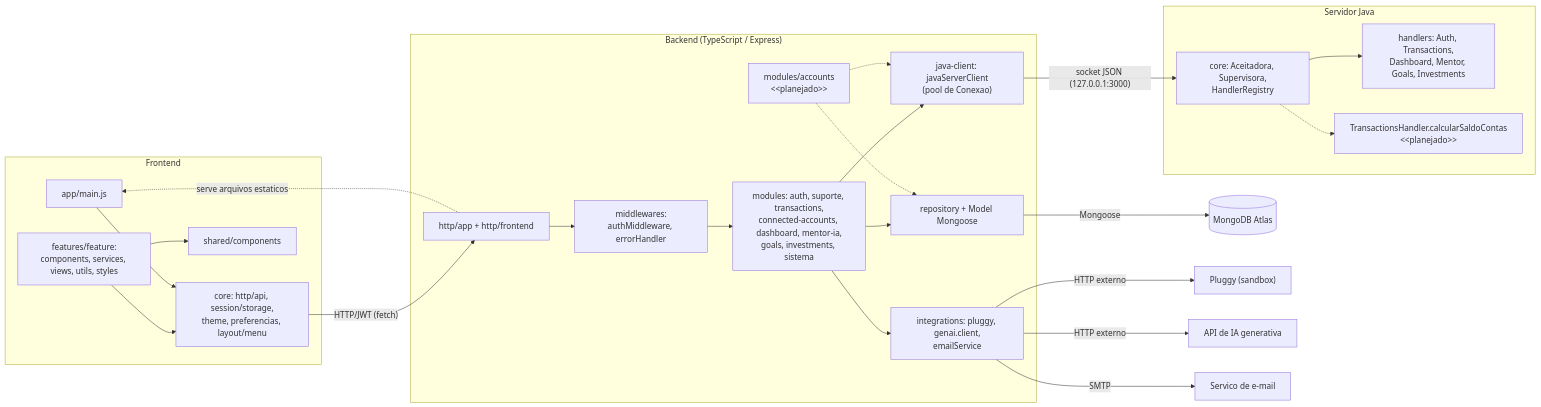
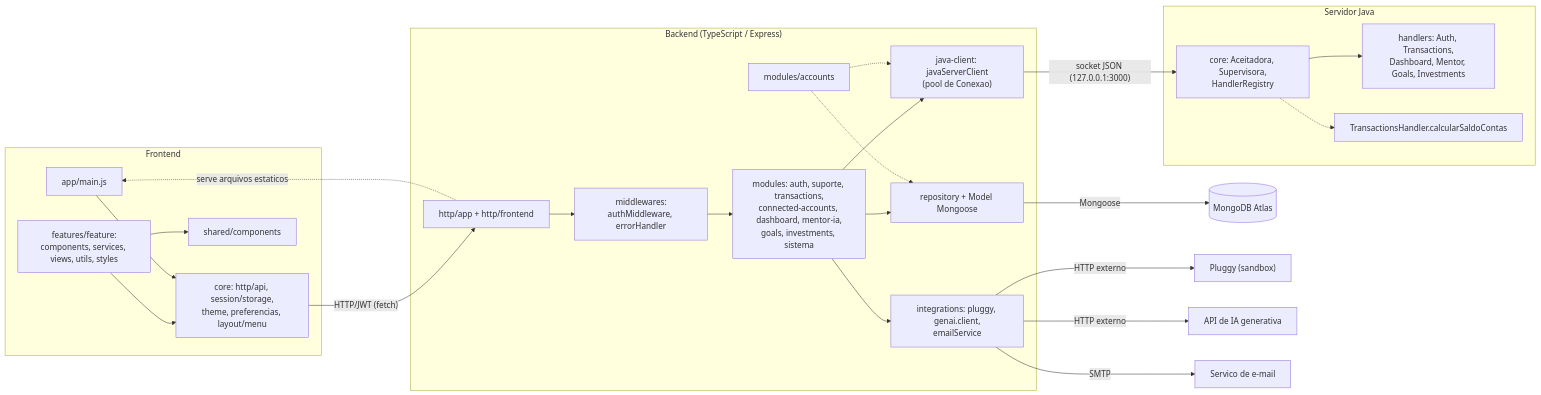
One commit to MiguelFMont/ES-PI4-2026-T1-G18 changed the third of 8 diagrams in docs/uml/01-arquitetura.md. Above: the diagram before and after it, drawn with Mermaid. The commit also changed other lines of this file and 27 other files, not shown here.

Commit message:
docs: UML só do Servidor (remove diagramas de classes do Backend e do Frontend e as marcas de planejado)

````diff
--- a/docs/uml/01-arquitetura.md
+++ b/docs/uml/01-arquitetura.md
@@ -88,49 +86,49 @@
 ```mermaid
 flowchart LR
     subgraph FE["Frontend"]
         FE_app["app/main.js"]
         FE_core["core: http/api, session/storage,<br/>theme, preferencias, layout/menu"]
         FE_shared["shared/components"]
         FE_feat["features/feature:<br/>components, services, views, utils, styles"]
     end
 
     subgraph BE["Backend (TypeScript / Express)"]
         BE_http["http/app + http/frontend"]
         BE_mw["middlewares:<br/>authMiddleware, errorHandler"]
         BE_mod["modules: auth, suporte, transactions,<br/>connected-accounts, dashboard, mentor-ia,<br/>goals, investments, sistema"]
-        BE_acc["modules/accounts<br/>&lt;&lt;planejado&gt;&gt;"]
+        BE_acc["modules/accounts"]
         BE_repo["repository + Model Mongoose"]
         BE_int["integrations: pluggy, genai.client,<br/>emailService"]
         BE_jc["java-client: javaServerClient<br/>(pool de Conexao)"]
     end
 
     subgraph SJ["Servidor Java"]
         SJ_core["core: Aceitadora, Supervisora,<br/>HandlerRegistry"]
         SJ_h["handlers: Auth, Transactions,<br/>Dashboard, Mentor, Goals, Investments"]
-        SJ_pl["TransactionsHandler.calcularSaldoContas<br/>&lt;&lt;planejado&gt;&gt;"]
+        SJ_pl["TransactionsHandler.calcularSaldoContas"]
     end
 
     DB[("MongoDB Atlas")]
     PL["Pluggy (sandbox)"]
     IA["API de IA generativa"]
     SMTP["Servico de e-mail"]
 
     FE_feat --> FE_core
     FE_feat --> FE_shared
     FE_app --> FE_core
     FE_core -->|"HTTP/JWT (fetch)"| BE_http
     BE_http --> BE_mw --> BE_mod
     BE_mod --> BE_repo
     BE_acc -.-> BE_repo
     BE_repo -->|Mongoose| DB
     BE_mod --> BE_int
     BE_mod --> BE_jc
     BE_acc -.-> BE_jc
     BE_int -->|HTTP externo| PL
     BE_int -->|HTTP externo| IA
     BE_int -->|SMTP| SMTP
     BE_jc -->|"socket JSON (127.0.0.1:3000)"| SJ_core
     SJ_core --> SJ_h
     SJ_core -.-> SJ_pl
     BE_http -.->|serve arquivos estaticos| FE_app
 ```
````
